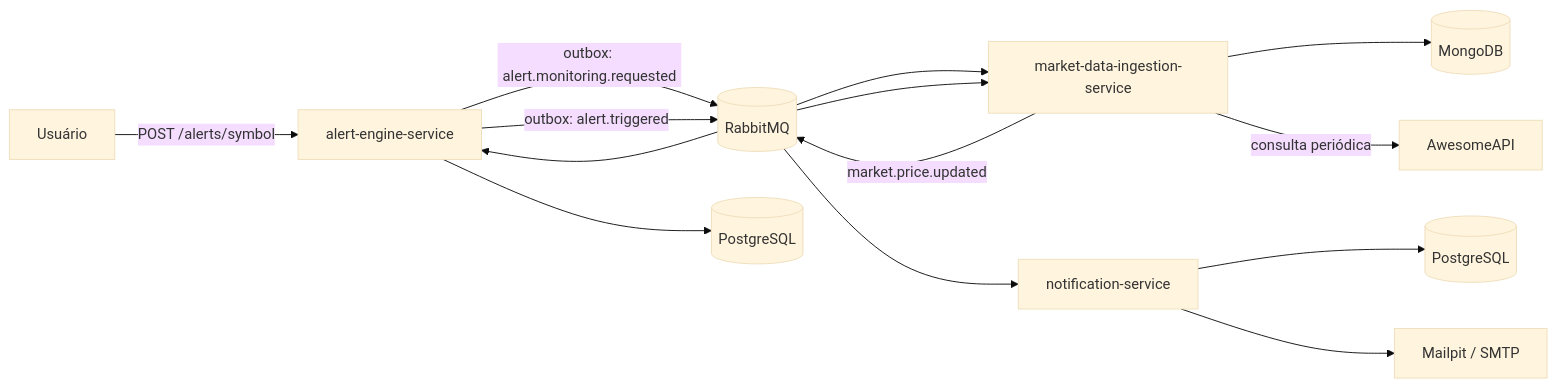
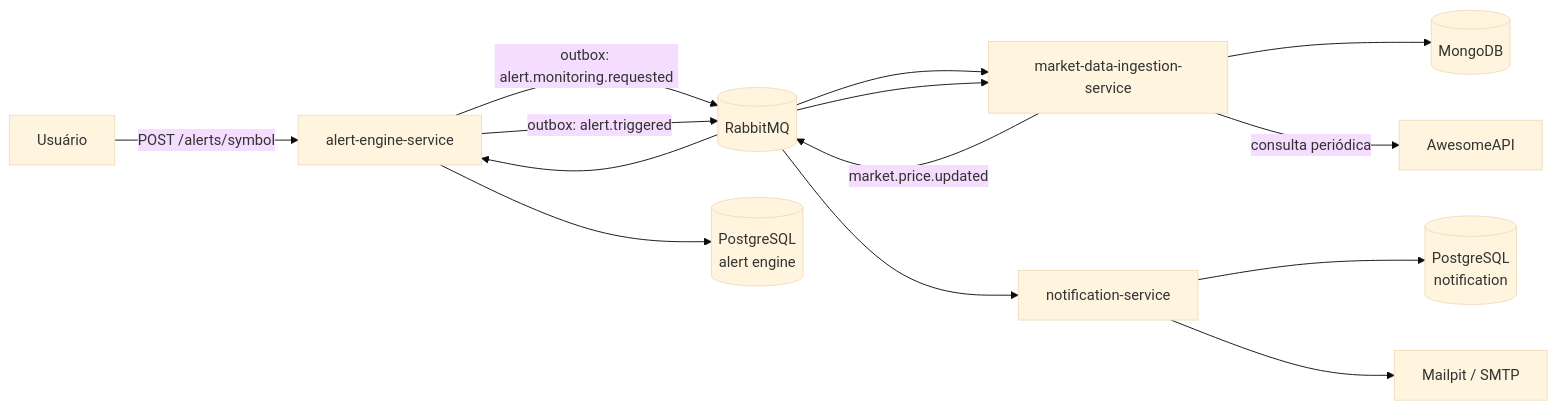
The diagram in _docs/finalert-architecture.md (andrestamatto/finalert), drawn with Mermaid (base theme) before and after one commit. The commit also changed other lines of this file and 1 other file, not shown here.

````diff
--- a/_docs/finalert-architecture.md
+++ b/_docs/finalert-architecture.md
@@ -9,16 +9,16 @@
 ```mermaid
 flowchart LR
     User[Usuário] -->|POST /alerts/symbol| Engine[alert-engine-service]
     Engine -->|outbox: alert.monitoring.requested| Rabbit[(RabbitMQ)]
     Rabbit --> Ingestion[market-data-ingestion-service]
     Ingestion --> Mongo[(MongoDB)]
     Ingestion -->|consulta periódica| Awesome[AwesomeAPI]
     Ingestion -->|market.price.updated| Rabbit
     Rabbit --> Engine
-    Engine --> Postgres[(PostgreSQL)]
+    Engine --> Postgres[(PostgreSQL<br/>alert engine)]
     Engine -->|outbox: alert.triggered| Rabbit
     Rabbit --> Notification[notification-service]
     Rabbit --> Ingestion
-    Notification --> NotificationDb[(PostgreSQL)]
+    Notification --> NotificationDb[(PostgreSQL<br/>notification)]
     Notification --> SMTP[Mailpit / SMTP]
 ```
````
